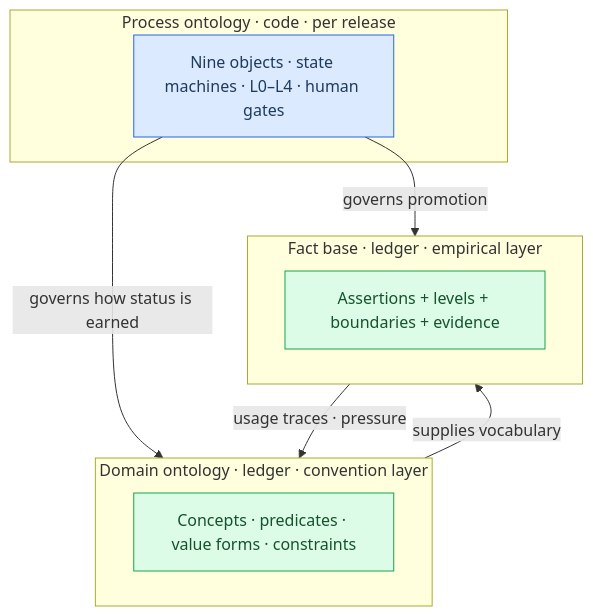
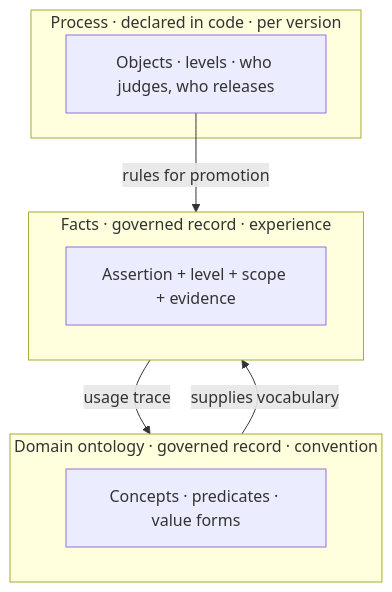
Before and after one commit to Clearailhc/clearai-dsh: the diagram in docs/domain-ontology.md, drawn with Mermaid. The commit also changed other lines of this file and 24 other files, not shown here.

````diff
--- a/docs/domain-ontology.md
+++ b/docs/domain-ontology.md
@@ -59,26 +33,15 @@
 ```mermaid
 flowchart TD
-    accTitle: Three Layers Of ClearAI Knowledge
-    accDescr: The process ontology is fixed per release and governs how claims earn status, the domain ontology is a project's governed vocabulary, and the fact base holds sentences that already passed the loop.
-
-    subgraph process["Process ontology · code · per release"]
-        loop["Nine objects · state machines · L0–L4 · human gates"]
+    subgraph process["Process · declared in code · per version"]
+        loop["Objects · levels · who judges, who releases"]
     end
-    subgraph domain["Domain ontology · ledger · convention layer"]
-        vocab["Concepts · predicates · value forms · constraints"]
+    subgraph domain["Domain ontology · governed record · convention"]
+        vocab["Concepts · predicates · value forms"]
     end
-    subgraph facts["Fact base · ledger · empirical layer"]
-        know["Assertions + levels + boundaries + evidence"]
+    subgraph facts["Facts · governed record · experience"]
+        know["Assertion + level + scope + evidence"]
     end
-
-    loop -->|"governs how status is earned"| domain
-    loop -->|"governs promotion"| facts
+    loop -->|"rules for promotion"| facts
     domain -->|"supplies vocabulary"| facts
-    facts -->|"usage traces · pressure"| domain
-
-    classDef code fill:#dbeafe,stroke:#2563eb,color:#1e3a5f
-    classDef ledger fill:#dcfce7,stroke:#16a34a,color:#14532d
-
-    class loop code
-    class vocab,know ledger
+    facts -->|"usage trace"| domain
 ```
````
